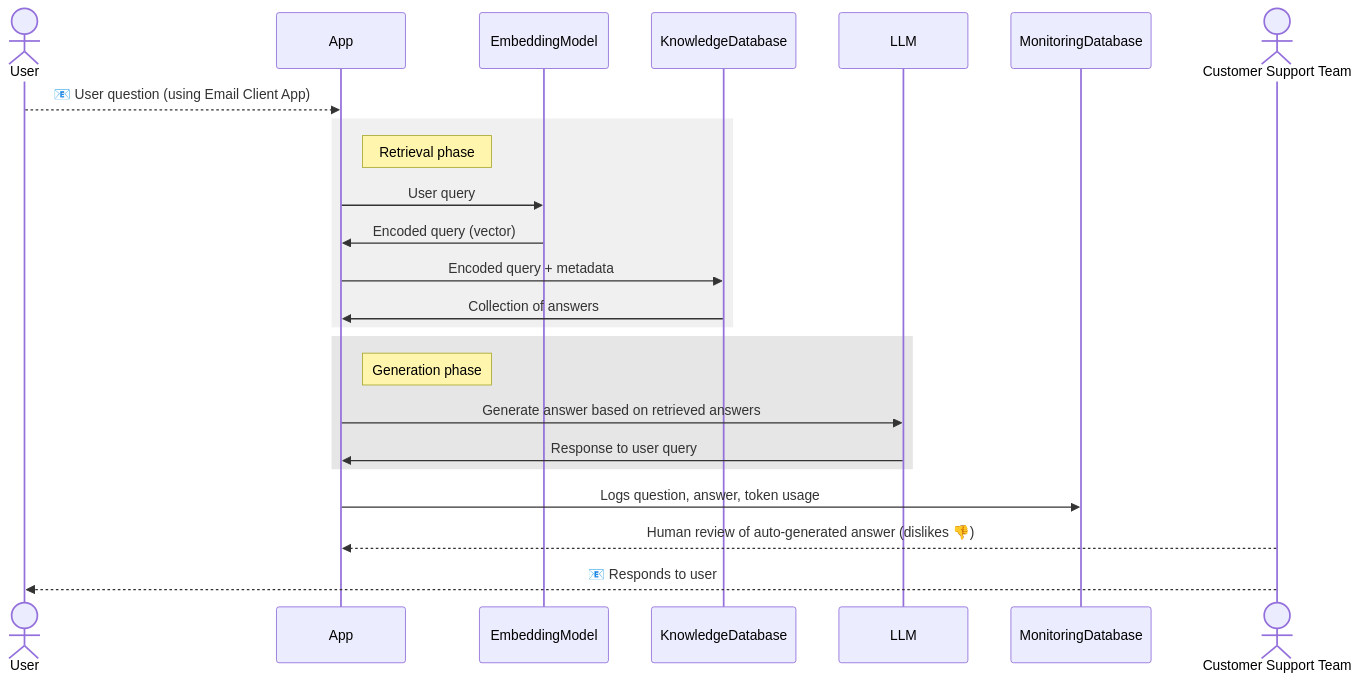
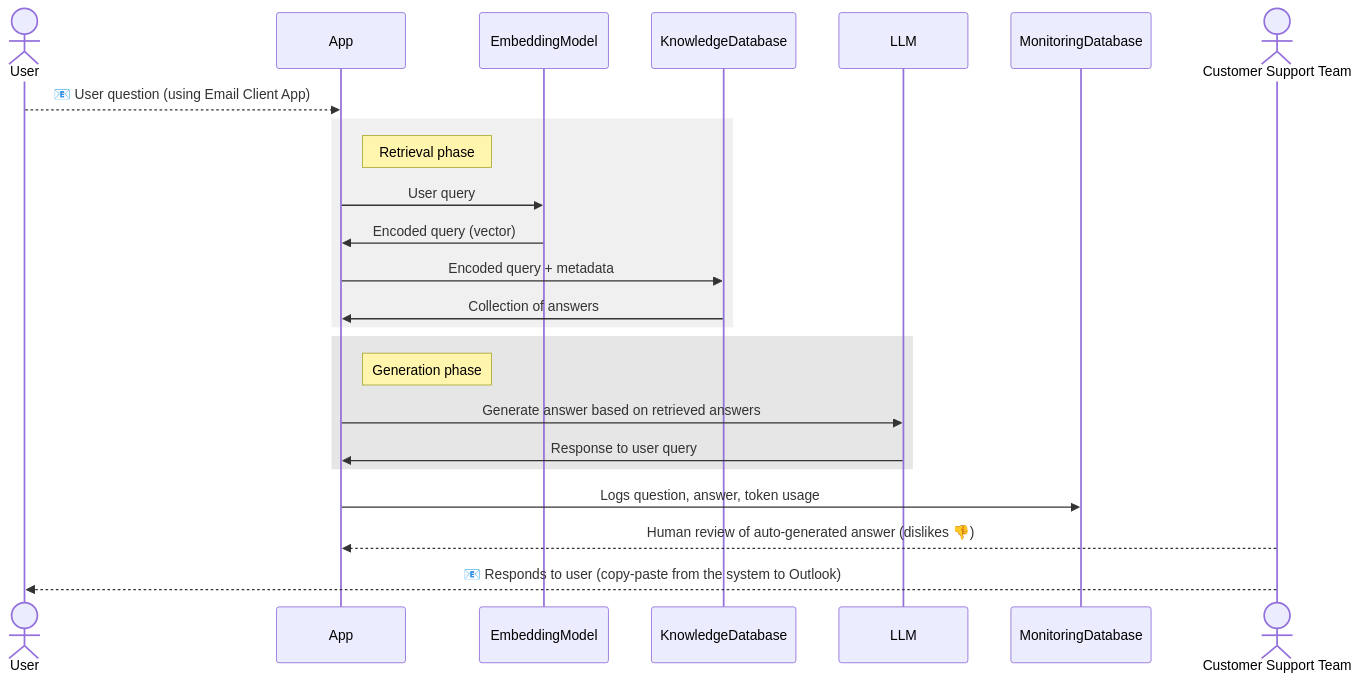
Before and after one commit to ArkadiyShuvaev/llm-zoomcamp-smart-mail: the first of 2 diagrams in readme.md, drawn with Mermaid. The commit also changed other lines of this file and 1 other file, not shown here.

````diff
--- a/readme.md
+++ b/readme.md
@@ -70,22 +71,22 @@
 ```mermaid
 sequenceDiagram
     actor User as User
     User-->>App: 📧 User question (using Email Client App)
     rect rgb(240, 240, 240)
     note right of App: Retrieval phase
     App->>EmbeddingModel: User query
     EmbeddingModel->>App: Encoded query (vector)
     App->>KnowledgeDatabase: Encoded query + metadata
     KnowledgeDatabase->>App: Collection of answers
     end
     rect rgb(230, 230, 230)
     note right of App: Generation phase
     App->>LLM: Generate answer based on retrieved answers
     LLM->>App: Response to user query
     end
     App->>MonitoringDatabase: Logs question, answer, token usage
     actor CustomerSupportTeam as Customer Support Team
 
     CustomerSupportTeam-->>App: Human review of auto-generated answer (dislikes 👎)
-    CustomerSupportTeam-->>User: 📧 Responds to user
+    CustomerSupportTeam-->>User: 📧 Responds to user (copy-paste from the system to Outlook)
 ```
````
